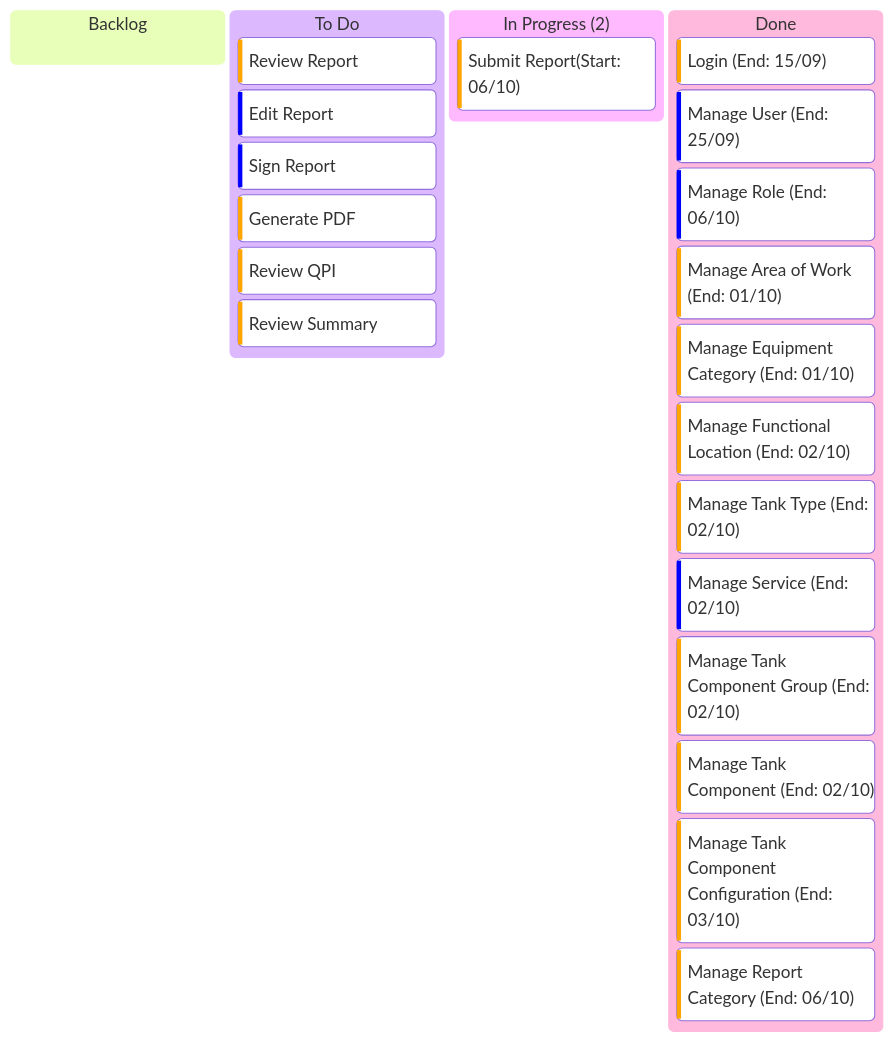
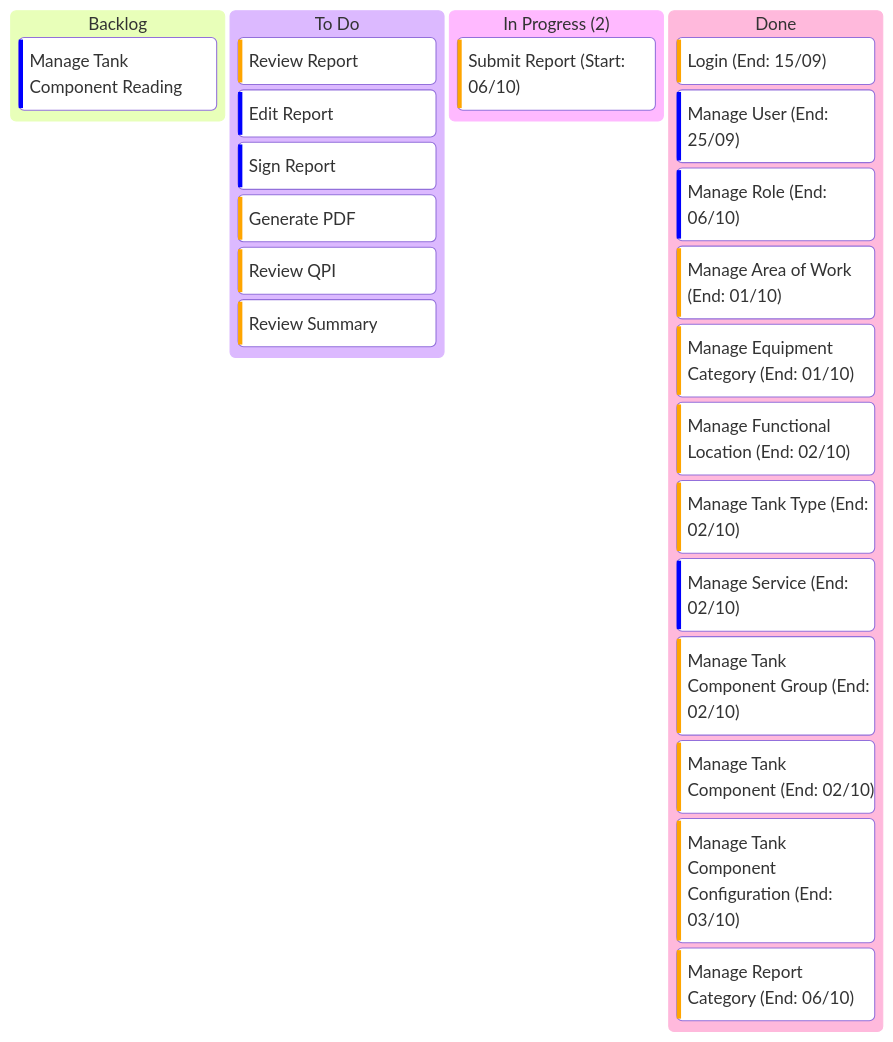
One commit to billdansr/kanban-boc-om changed the diagram in Kanban/02-Kanban.md. Above: the diagram before and after it, drawn with Mermaid. The commit also changed 3 other files, not shown here.

````diff
--- a/Kanban/02-Kanban.md
+++ b/Kanban/02-Kanban.md
@@ -3,29 +3,30 @@
 ```mermaid
 kanban
   backlog[Backlog]
+	  uc20[Manage Tank Component Reading]@{priority: 'Low'}
 
   todo[To Do]
 	  uc03[Review Report]@{priority: 'High'}
 	  uc04[Edit Report]@{priority: 'Low'}
 	  uc05[Sign Report]@{priority: 'Low'}
 	  uc06[Generate PDF]@{priority: 'High'}
 	  uc07[Review QPI]@{priority: 'High'}
 	  uc08[Review Summary]@{priority: 'High'}
 	  
   inprogress["In Progress (2)"]
-	  uc02["Submit Report(Start: 06/10)"]@{priority: 'High'}
+	  uc02["Submit Report (Start: 06/10)"]@{priority: 'High'}
 
   done[Done]
 	  uc01["Login (End: 15/09)"]@{priority: 'High'}
 	  uc09["Manage User (End: 25/09)"]@{priority: 'Low'}
 	  uc10["Manage Role (End: 06/10)"]@{priority: 'Low'}
 	  uc11["Manage Area of Work (End: 01/10)"]@{priority: 'High'}
 	  uc12["Manage Equipment Category (End: 01/10)"]@{priority: 'High'}
 	  uc13["Manage Functional Location (End: 02/10)"]@{priority: 'High'}
 	  uc14["Manage Tank Type (End: 02/10)"]@{priority: 'High'}
 	  uc15["Manage Service (End: 02/10)"]@{priority: 'Low'}
 	  uc16["Manage Tank Component Group (End: 02/10)"]@{priority: 'High'}
 	  uc17["Manage Tank Component (End: 02/10)"]@{priority: 'High'}
 	  uc18["Manage Tank Component Configuration (End: 03/10)"]@{priority: 'High'}
 	  uc19["Manage Report Category (End: 06/10)"]@{priority: 'High'}
 ```
````
